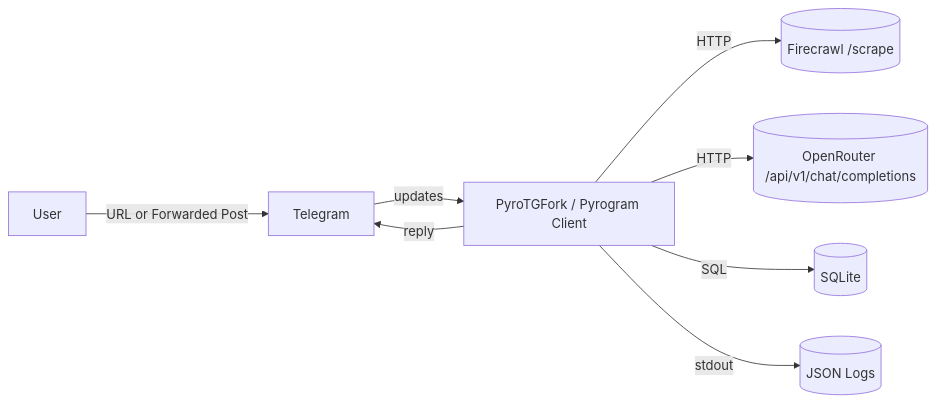
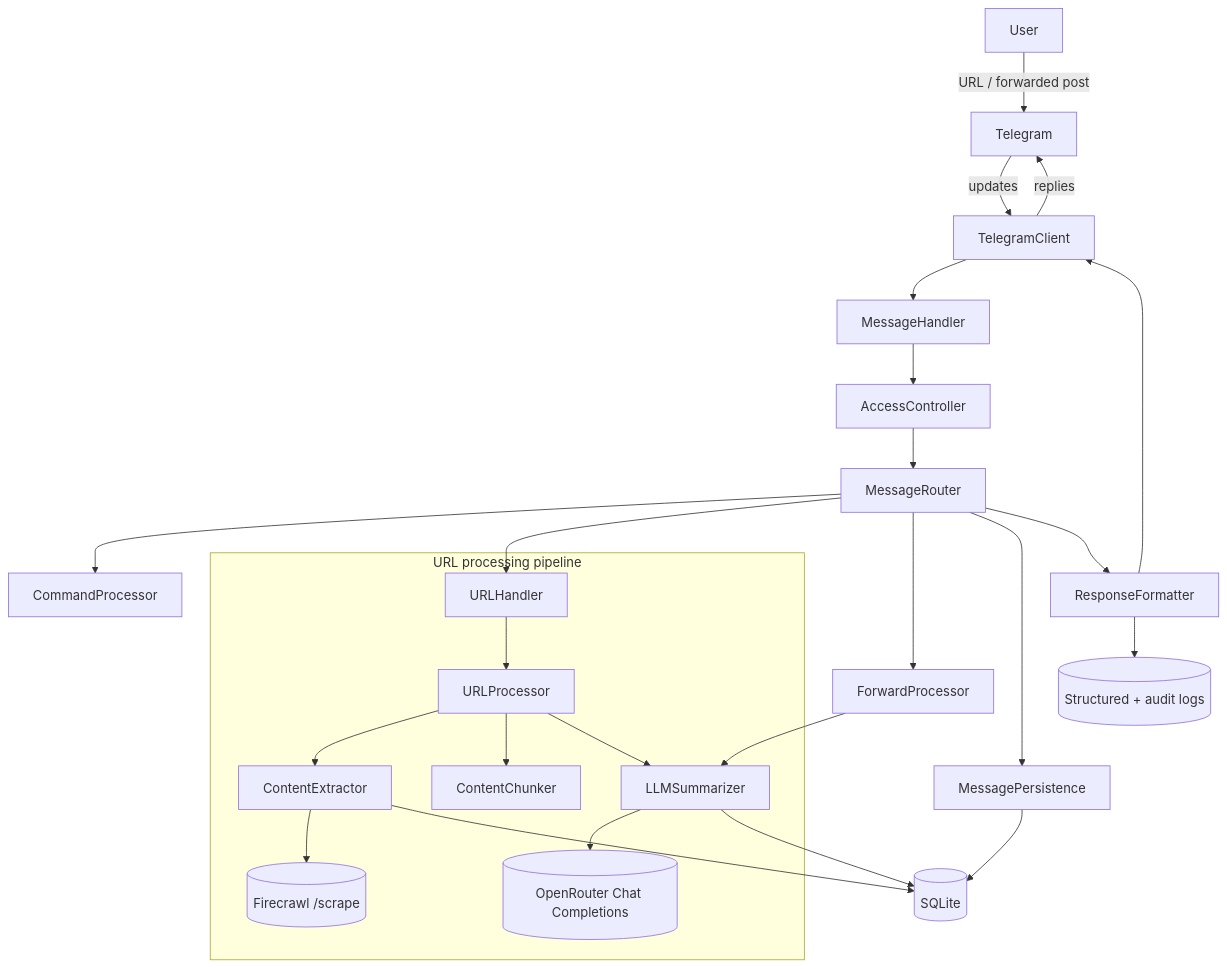
Before and after one commit to po4yka/bite-size-reader: the first of 3 diagrams in SPEC.md, drawn with Mermaid. The commit also changed other lines of this file and 1 other file, not shown here.

Commit message:
docs: refresh architecture diagrams

````diff
--- a/SPEC.md
+++ b/SPEC.md
@@ -58,10 +58,30 @@
 ```mermaid
-flowchart LR
-  U[User] -->|URL or Forwarded Post| TG[Telegram]
-  TG -->|updates| BOT[PyroTGFork / Pyrogram Client]
-  BOT -->|HTTP| FC[(Firecrawl /scrape)]
-  BOT -->|HTTP| OR[(OpenRouter /api/v1/chat/completions)]
-  BOT -->|SQL| DB[(SQLite)]
-  BOT -->|stdout| LOGS[(JSON Logs)]
-  BOT -->|reply| TG
+flowchart TD
+  U[User] -->|URL / forwarded post| TG[Telegram]
+  TG -->|updates| TGClient[TelegramClient]
+  TGClient --> MsgHandler[MessageHandler]
+  MsgHandler --> AccessController
+  AccessController --> MessageRouter
+  MessageRouter --> CommandProcessor
+  MessageRouter --> URLHandler
+  MessageRouter --> ForwardProcessor
+  MessageRouter --> MessagePersistence
+  MessagePersistence --> DB[(SQLite)]
+
+  subgraph URL_Pipeline [URL processing pipeline]
+    URLHandler --> URLProcessor
+    URLProcessor --> ContentExtractor
+    ContentExtractor --> Firecrawl[(Firecrawl /scrape)]
+    URLProcessor --> ContentChunker
+    URLProcessor --> LLMSummarizer
+    LLMSummarizer --> OpenRouter[(OpenRouter Chat Completions)]
+  end
+
+  ForwardProcessor --> LLMSummarizer
+  ContentExtractor --> DB
+  LLMSummarizer --> DB
+  MessageRouter --> ResponseFormatter
+  ResponseFormatter --> TGClient
+  ResponseFormatter --> Logs[(Structured + audit logs)]
+  TGClient -->|replies| TG
 ```
````
